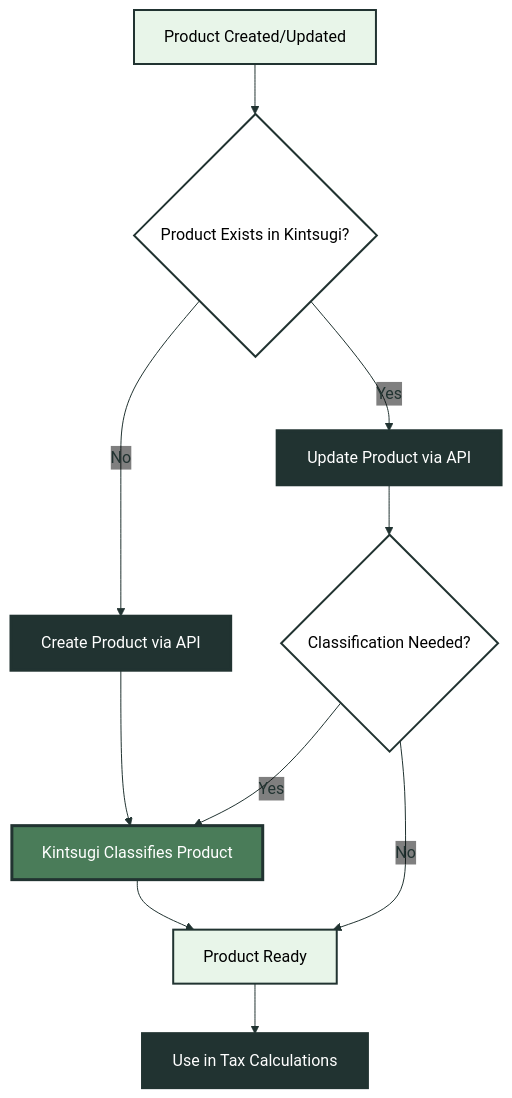
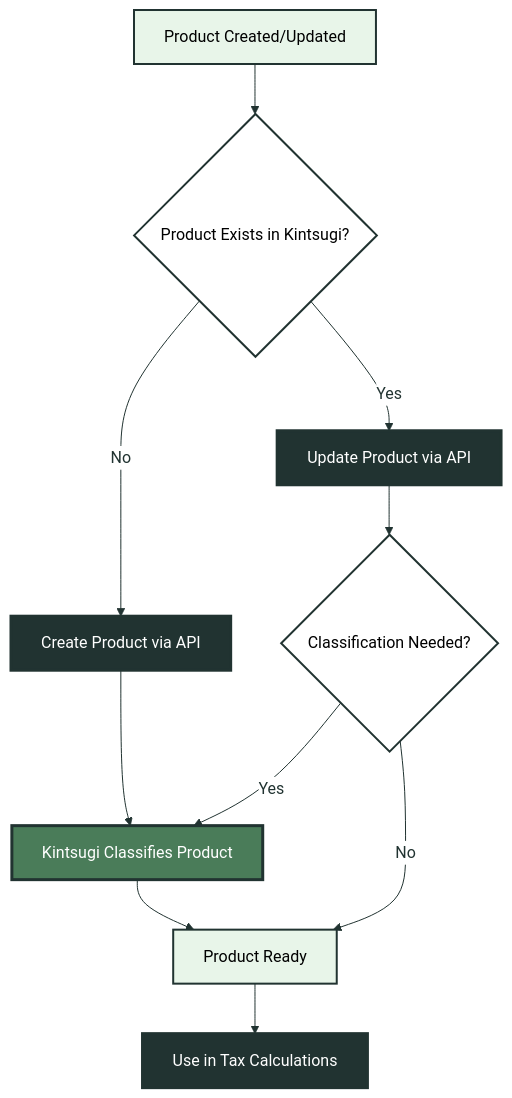
Before and after one commit to kintsugi-tax/docs-v2: the third of 5 diagrams in docs/guides/integrating-kintsugis-api.mdx, drawn with Mermaid. The commit also changed other lines of this file and 10 other files, not shown here.

````diff
--- a/docs/guides/integrating-kintsugis-api.mdx
+++ b/docs/guides/integrating-kintsugis-api.mdx
@@ -132,22 +132,22 @@
 ```mermaid
-%%{init: {'theme':'base', 'themeVariables': {'primaryColor':'#FFFFFF','primaryTextColor':'#213331','primaryBorderColor':'#213331','lineColor':'#213331','secondaryColor':'#FFFFFF','tertiaryColor':'#213331','edgeLabelBackground':'transparent','edgeStrokeWidth':'2px','edgeStroke':'#213331','arrowheadColor':'#213331','clusterBkg':'transparent','clusterBorder':'#213331','defaultLinkColor':'#213331'}}}%%
+%%{init: {'theme':'base', 'themeVariables': {'primaryColor':'#FFFFFF','primaryTextColor':'#213331','primaryBorderColor':'#213331','lineColor':'#213331','secondaryColor':'#FFFFFF','tertiaryColor':'#213331','edgeLabelBackground':'#FFFFFF','edgeLabelColor':'#213331','edgeStrokeWidth':'2px','edgeStroke':'#213331','arrowheadColor':'#213331','clusterBkg':'transparent','clusterBorder':'#213331','defaultLinkColor':'#213331'}}}%%
 flowchart TD
     A[Product Created/Updated] --> B{Product Exists in Kintsugi?}
     B -->|No| C[Create Product via API]
     B -->|Yes| D[Update Product via API]
     C --> E[Kintsugi Classifies Product]
     D --> F{Classification Needed?}
     F -->|Yes| E
     F -->|No| G[Product Ready]
     E --> G
     G --> H[Use in Tax Calculations]
     
     style A fill:#e8f5e9,stroke:#213331,stroke-width:2px,color:#000000
     style B fill:#FFFFFF,stroke:#213331,stroke-width:2px,color:#000000
     style C fill:#213331,stroke:#213331,stroke-width:3px,color:#FFFFFF
     style D fill:#213331,stroke:#213331,stroke-width:3px,color:#FFFFFF
     style E fill:#4a7c59,stroke:#213331,stroke-width:3px,color:#FFFFFF
     style F fill:#FFFFFF,stroke:#213331,stroke-width:2px,color:#000000
     style G fill:#e8f5e9,stroke:#213331,stroke-width:2px,color:#000000
     style H fill:#213331,stroke:#213331,stroke-width:3px,color:#FFFFFF
 ```
````
